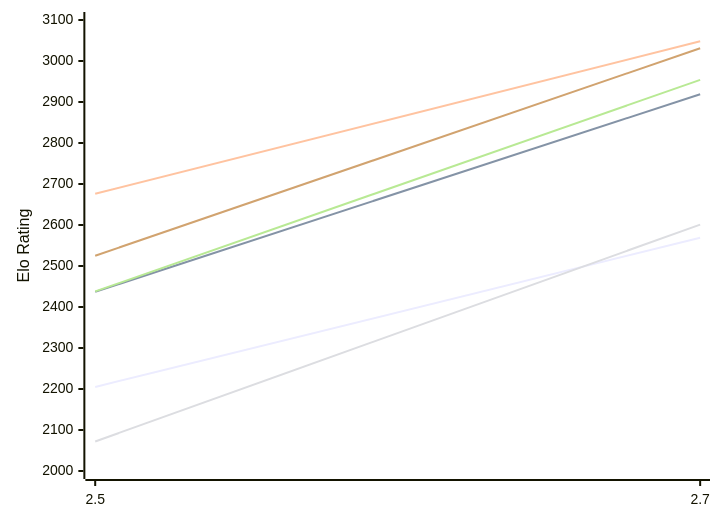
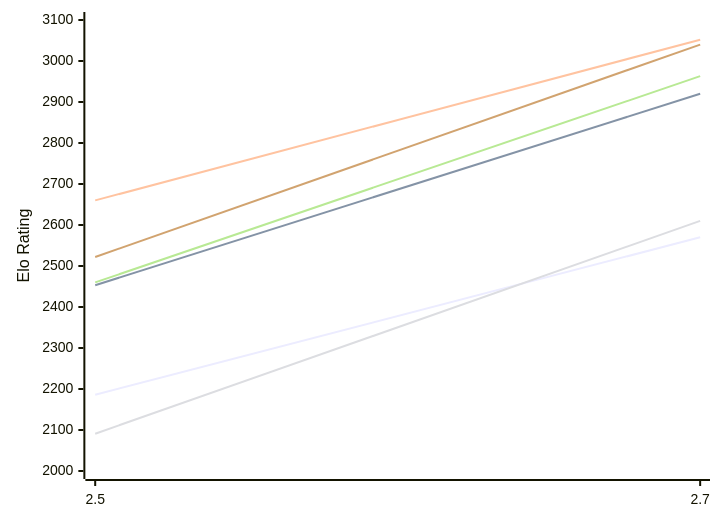
The first of 2 diagrams in engines/Zevra.md (computer-chess-index/cci), drawn with Mermaid before and after one commit. The commit also changed other lines of this file, not shown here.

Commit message:
Update CCI Ratings (ELO VLTC) - 2026-11-25

````diff
--- a/engines/Zevra.md
+++ b/engines/Zevra.md
@@ -50,12 +50,12 @@
 ```mermaid
 %%{init: {"theme":"base","themeVariables":{"seriesColors:['#a3a3a3','#222221','#faa371']}}}%%
 xychart-beta
   x-axis ["2.5", "2.7"]
   y-axis "Elo Rating" 2000 --> 3100
-  line "E1: STC (8.0+0.08s)" [2205, 2569]
-  line "E1: LTC (60.0+0.60s)" [2437, 2919]
-  line "E1: VLTC (2m24s+1.12s)" [2676, 3048]
-  line "P1: STC (8.0+0.08s)" [2072, 2601]
-  line "P1: LTC (60.0+0.60s)" [2438, 2954]
-  line "P1: VLTC (2m24s+1.12s)" [2525, 3031]
+  line "E1: STC (8.0+0.08s)" [2186, 2570]
+  line "E1: LTC (60.0+0.60s)" [2453, 2920]
+  line "E1: VLTC (2m24s+1.12s)" [2660, 3052]
+  line "P1: STC (8.0+0.08s)" [2091, 2610]
+  line "P1: LTC (60.0+0.60s)" [2460, 2963]
+  line "P1: VLTC (2m24s+1.12s)" [2522, 3040]
 ```
````
